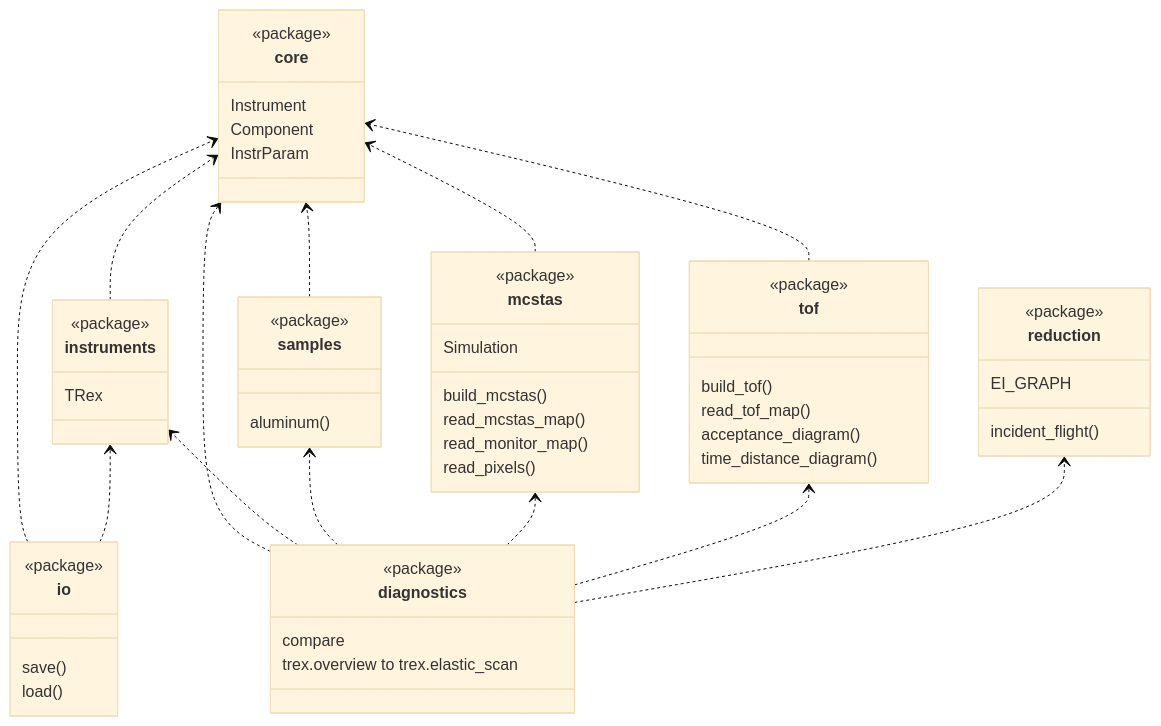
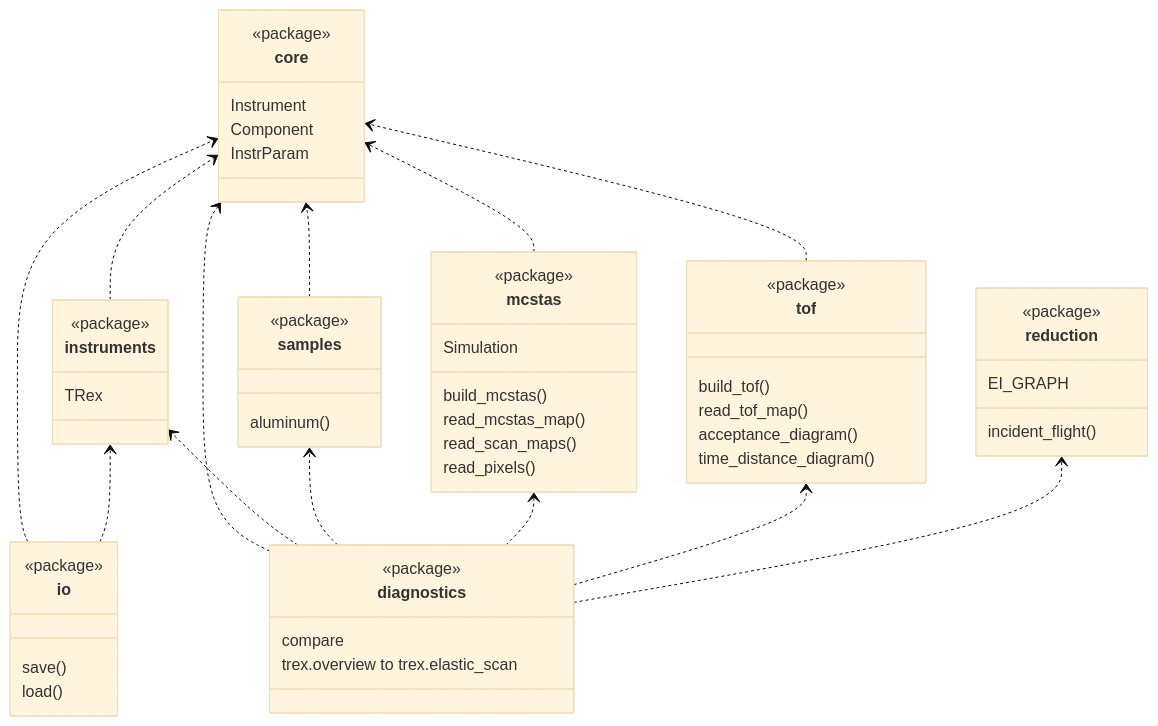
One commit to bingli621/mcdgs changed the diagram in docs/code-layout.md. Above: the diagram before and after it, drawn with Mermaid (base theme). The commit also changed 9 other files, not shown here.

First line of the commit message:
Read the bender scan with McStasScript and mcstastox only

````diff
--- a/docs/code-layout.md
+++ b/docs/code-layout.md
@@ -23,60 +23,60 @@
 ```mermaid
 classDiagram
     direction BT
     class core {
         <<package>>
         Instrument
         Component
         InstrParam
     }
     class instruments {
         <<package>>
         TRex
     }
     class samples {
         <<package>>
         aluminum()
     }
     class mcstas {
         <<package>>
         build_mcstas()
         Simulation
         read_mcstas_map()
-        read_monitor_map()
+        read_scan_maps()
         read_pixels()
     }
     class tof {
         <<package>>
         build_tof()
         read_tof_map()
         acceptance_diagram()
         time_distance_diagram()
     }
     class io {
         <<package>>
         save()
         load()
     }
     class reduction {
         <<package>>
         EI_GRAPH
         incident_flight()
     }
     class diagnostics {
         <<package>>
         compare
         trex.overview to trex.elastic_scan
     }
     instruments ..> core
     samples ..> core
     mcstas ..> core
     tof ..> core
     io ..> core
     io ..> instruments
     diagnostics ..> core
     diagnostics ..> instruments
     diagnostics ..> samples
     diagnostics ..> mcstas
     diagnostics ..> tof
     diagnostics ..> reduction
 ```
````
